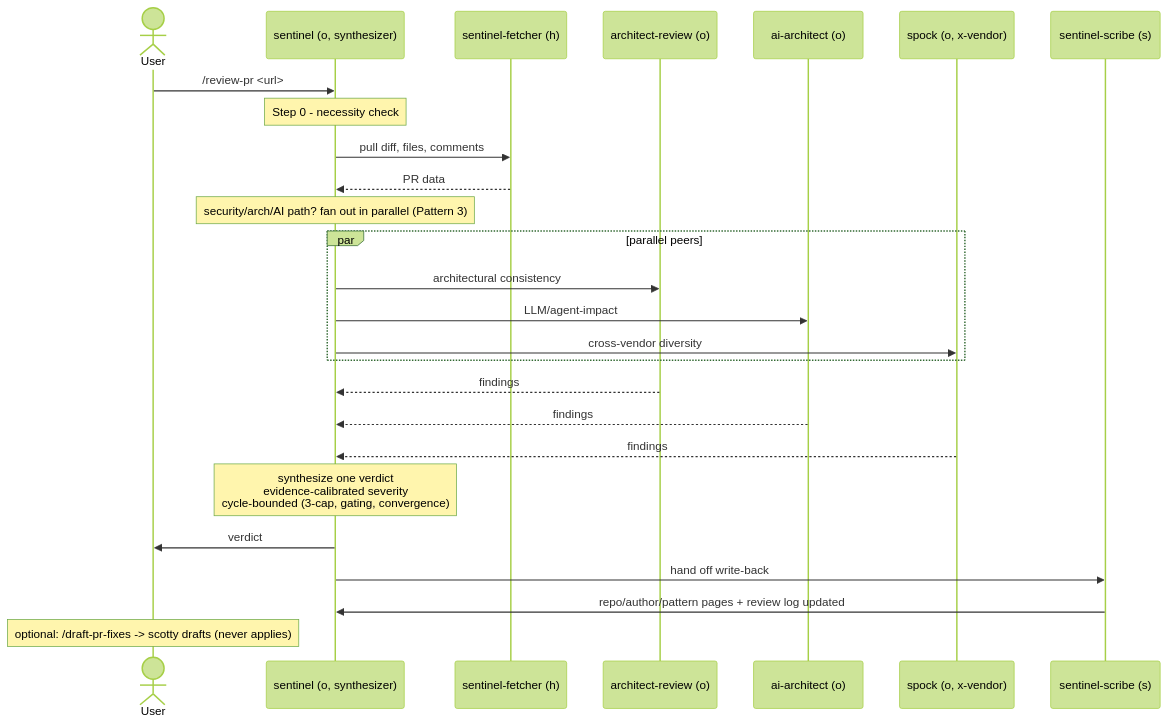
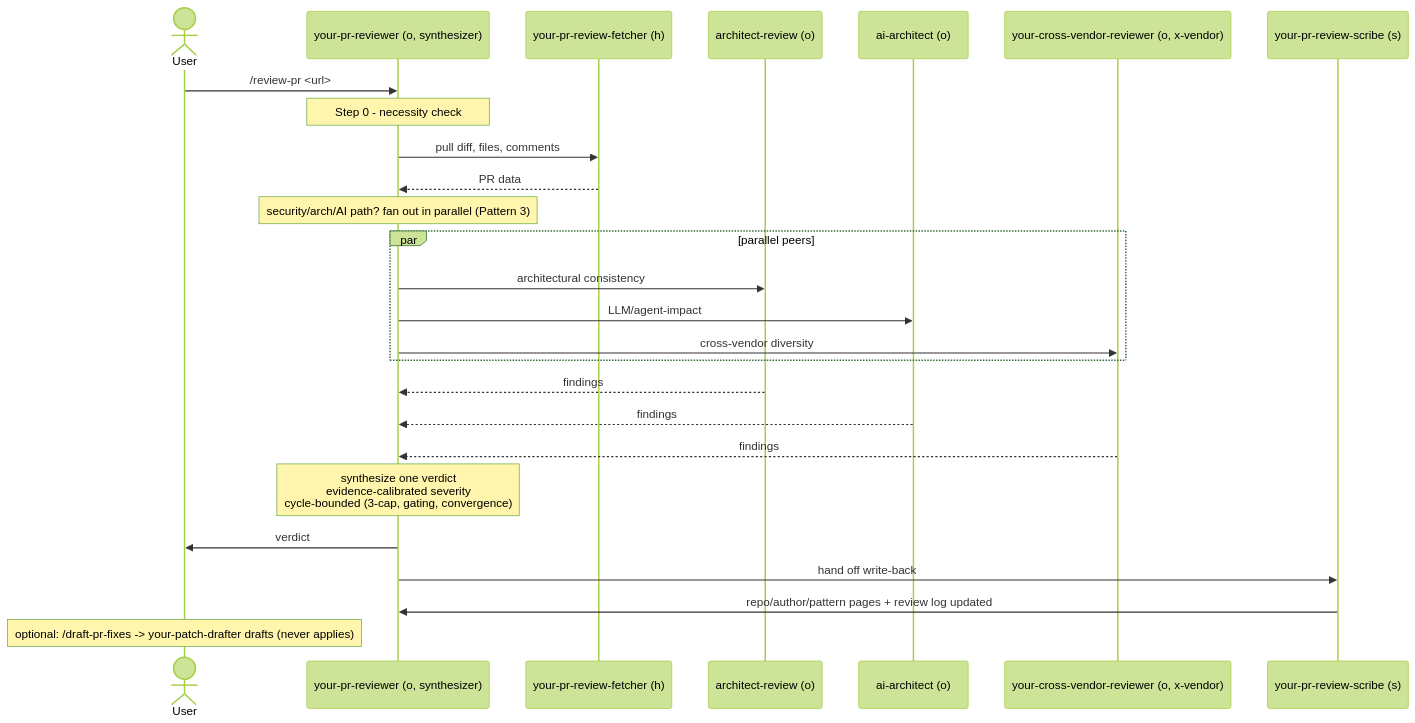
The third of 3 diagrams in docs/ARCHITECTURE.md (agent-rails/agentic-fabric), drawn with Mermaid (forest theme) before and after one commit. The commit also changed other lines of this file and 72 other files, not shown here.

````diff
--- a/docs/ARCHITECTURE.md
+++ b/docs/ARCHITECTURE.md
@@ -155,29 +155,29 @@
 ```mermaid
 sequenceDiagram
     actor User
-    participant S as sentinel (o, synthesizer)
-    participant F as sentinel-fetcher (h)
+    participant S as your-pr-reviewer (o, synthesizer)
+    participant F as your-pr-review-fetcher (h)
     participant AR as architect-review (o)
     participant AA as ai-architect (o)
-    participant SP as spock (o, x-vendor)
-    participant Sc as sentinel-scribe (s)
+    participant SP as your-cross-vendor-reviewer (o, x-vendor)
+    participant Sc as your-pr-review-scribe (s)
 
     User->>S: /review-pr <url>
     Note over S: Step 0 - necessity check
     S->>F: pull diff, files, comments
     F-->>S: PR data
     Note over S: security/arch/AI path? fan out in parallel (Pattern 3)
     par parallel peers
         S->>AR: architectural consistency
         S->>AA: LLM/agent-impact
         S->>SP: cross-vendor diversity
     end
     AR-->>S: findings
     AA-->>S: findings
     SP-->>S: findings
     Note over S: synthesize one verdict<br/>evidence-calibrated severity<br/>cycle-bounded (3-cap, gating, convergence)
     S->>User: verdict
     S->>Sc: hand off write-back
     Sc->>S: repo/author/pattern pages + review log updated
-    Note over User: optional: /draft-pr-fixes -> scotty drafts (never applies)
+    Note over User: optional: /draft-pr-fixes -> your-patch-drafter drafts (never applies)
 ```
````
